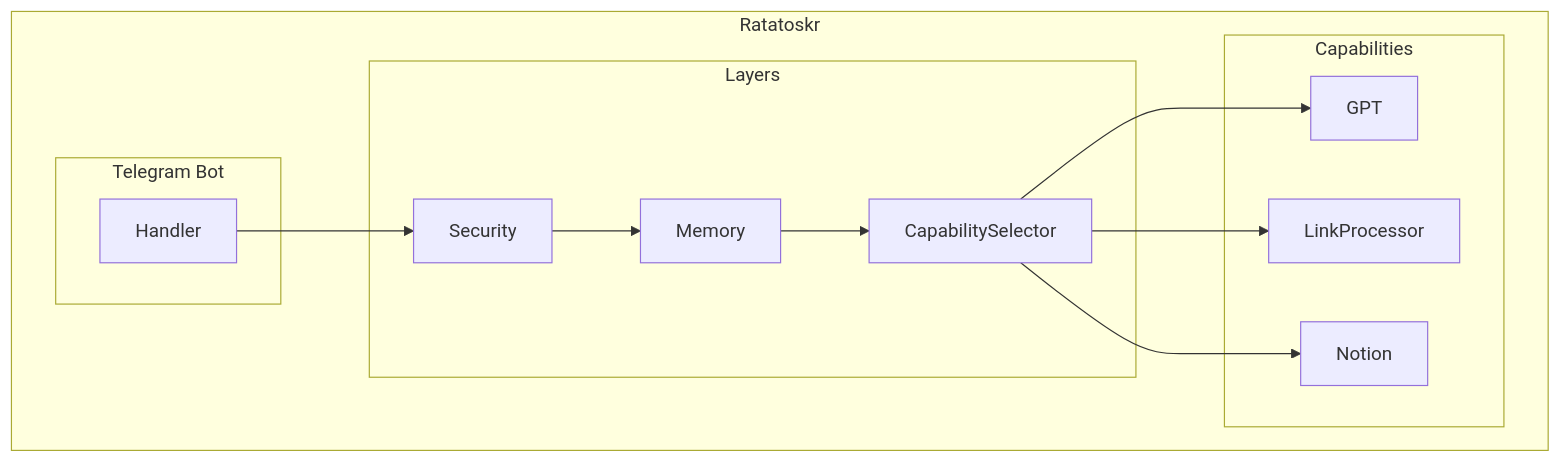
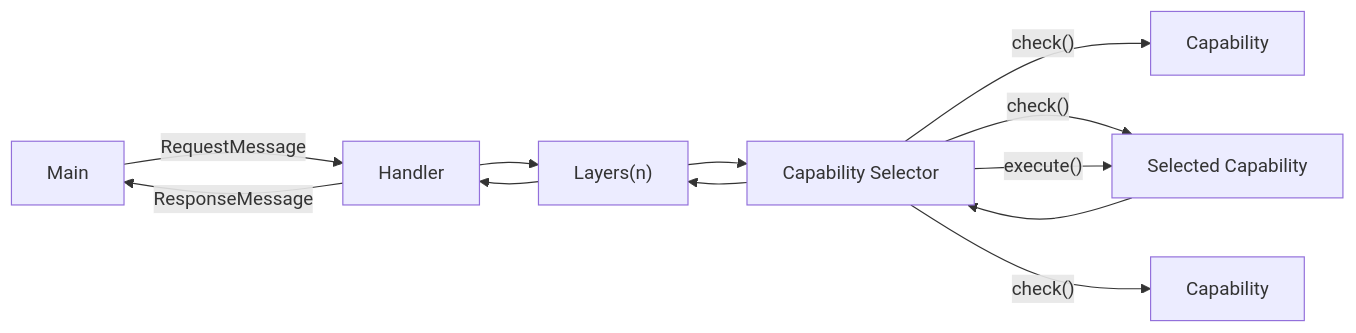
One commit to divanvisagie/ratatoskr changed the first of 3 diagrams in README.md. Above: the diagram before and after it, drawn with Mermaid. The commit also changed other lines of this file and 65 other files, not shown here.

````diff
--- a/README.md
+++ b/README.md
@@ -62,26 +19,19 @@
 ```mermaid
+graph LR
+M[Main] -- RequestMessage --> H[Handler]
+H --> L["Layers(n)"]
+L --> CSL[Capability Selector]
 
-graph
-    subgraph Ratatoskr
-        subgraph Telegram Bot
-            H[Handler]
-        end
-        subgraph Layers
-            SL[Security]
-            ML[Memory]
-            CS[CapabilitySelector]
-        end
-        subgraph Capabilities
-            G[GPT]
-            C[LinkProcessor]
-            N[Notion]
-        end
-        H --> SL
-        SL --> ML
-        ML --> CS
-        CS --> G
-        CS --> C
-        CS --> N
-    end
+CSL -- "check()"--> C[Capability]
 
+CSL -- "check()" --> C2[Selected Capability]
+C2 -->CSL
+
+CSL -- "check()" --> C3[Capability]
+
+CSL -- "execute()" --> C2
+
+CSL --> L
+L --> H
+H -- ResponseMessage --> M
 ```
````
